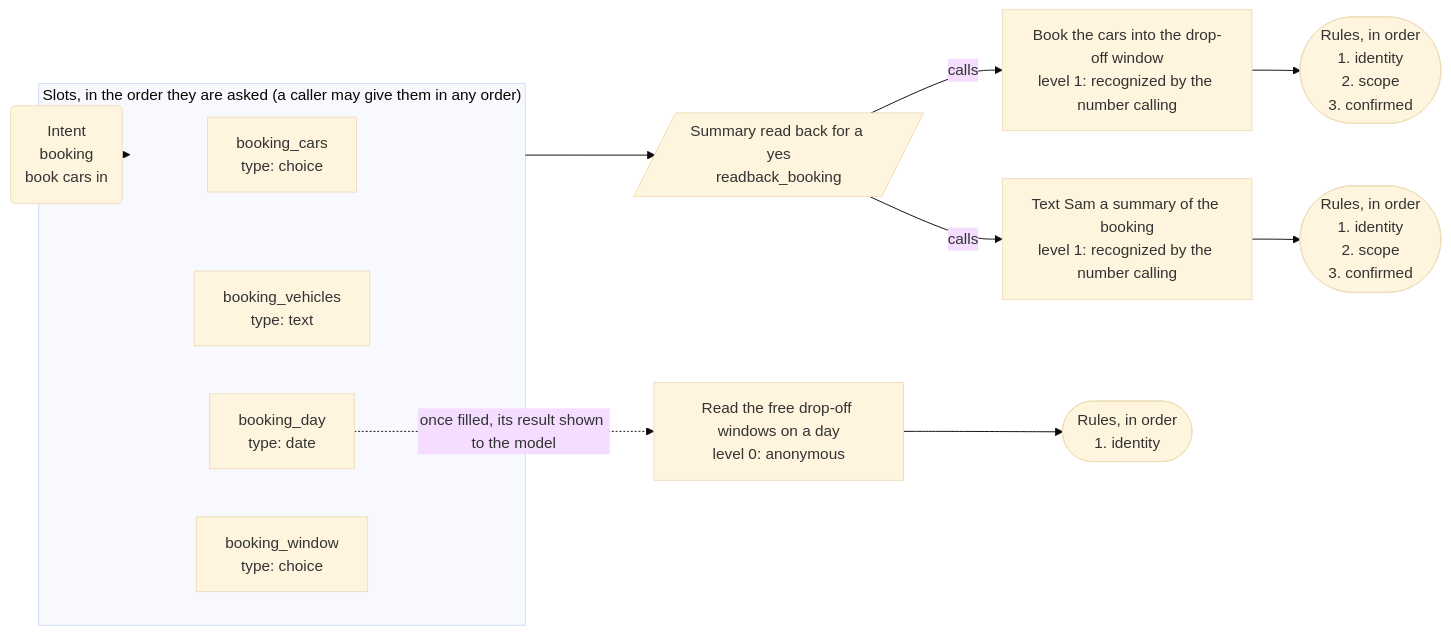
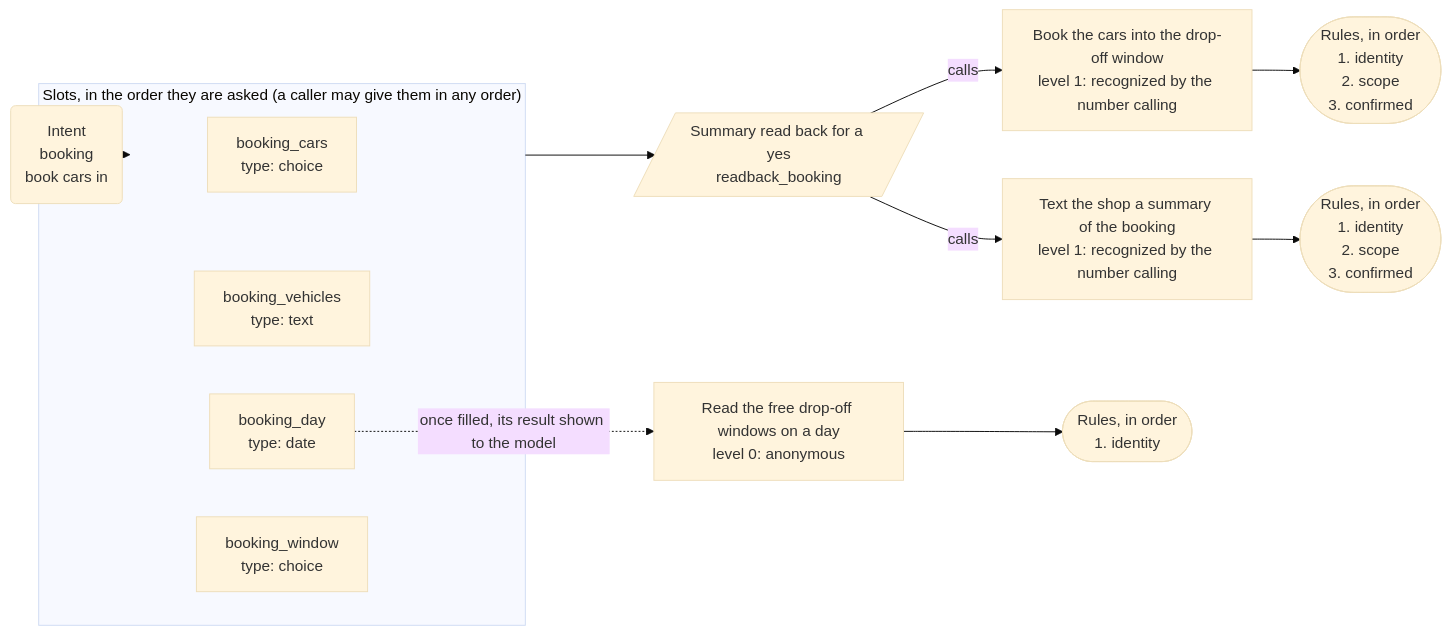
Before and after one commit to DialogWright/dialogwright: the third of 4 diagrams in apps/wheelshop/APP-MAP.md, drawn with Mermaid (base theme). The commit also changed other lines of this file and 20 other files, not shown here.

````diff
--- a/apps/wheelshop/APP-MAP.md
+++ b/apps/wheelshop/APP-MAP.md
@@ -70,25 +70,25 @@
 ```mermaid
 flowchart LR
   intent("Intent<br/>booking<br/>book cars in")
   subgraph slots["Slots, in the order they are asked (a caller may give them in any order)"]
     s_booking_cars["booking_cars<br/>type: choice"]
     s_booking_vehicles["booking_vehicles<br/>type: text"]
     s_booking_day["booking_day<br/>type: date"]
     s_booking_window["booking_window<br/>type: choice"]
   end
   intent --> slots
   summary[/"Summary read back for a yes<br/>readback_booking"/]
   slots --> summary
   a_book["Book the cars into the drop-off window<br/>level 1: recognized by the number calling"]
   summary -->|"calls"| a_book
   r_book(["Rules, in order<br/>1. identity<br/>2. scope<br/>3. confirmed"])
   a_book --> r_book
-  a_notify_owner_booking["Text Sam a summary of the booking<br/>level 1: recognized by the number calling"]
+  a_notify_owner_booking["Text the shop a summary of the booking<br/>level 1: recognized by the number calling"]
   summary -->|"calls"| a_notify_owner_booking
   r_notify_owner_booking(["Rules, in order<br/>1. identity<br/>2. scope<br/>3. confirmed"])
   a_notify_owner_booking --> r_notify_owner_booking
   a_availability["Read the free drop-off windows on a day<br/>level 0: anonymous"]
   s_booking_day -.->|"once filled, its result shown to the model"| a_availability
   r_availability(["Rules, in order<br/>1. identity"])
   a_availability --> r_availability
 ```
````
